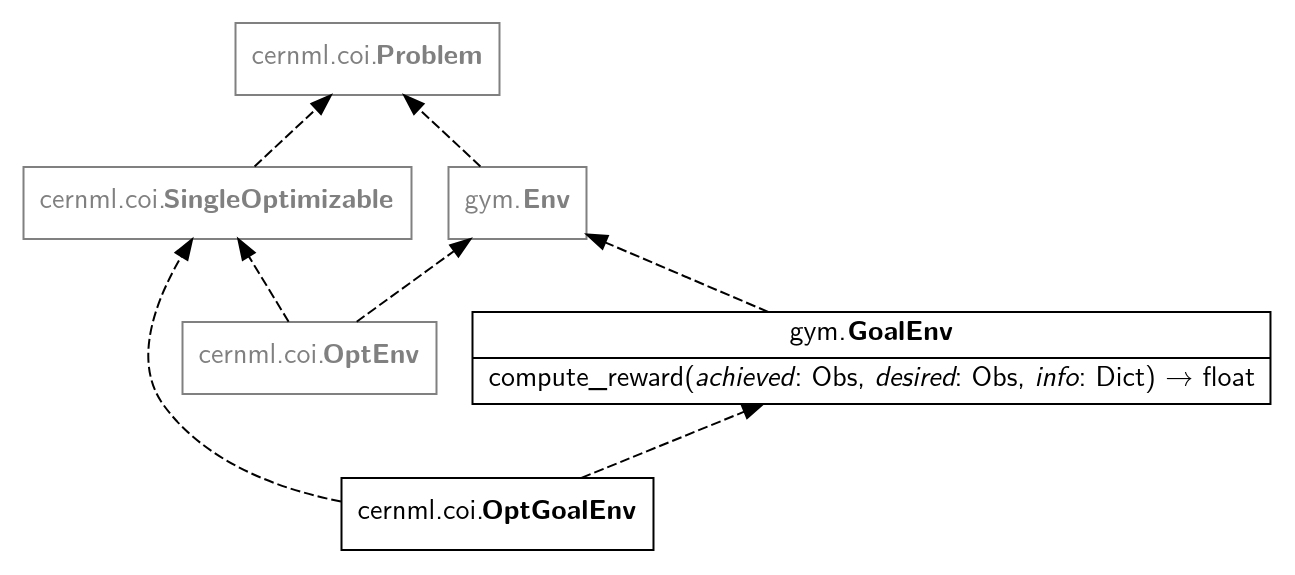
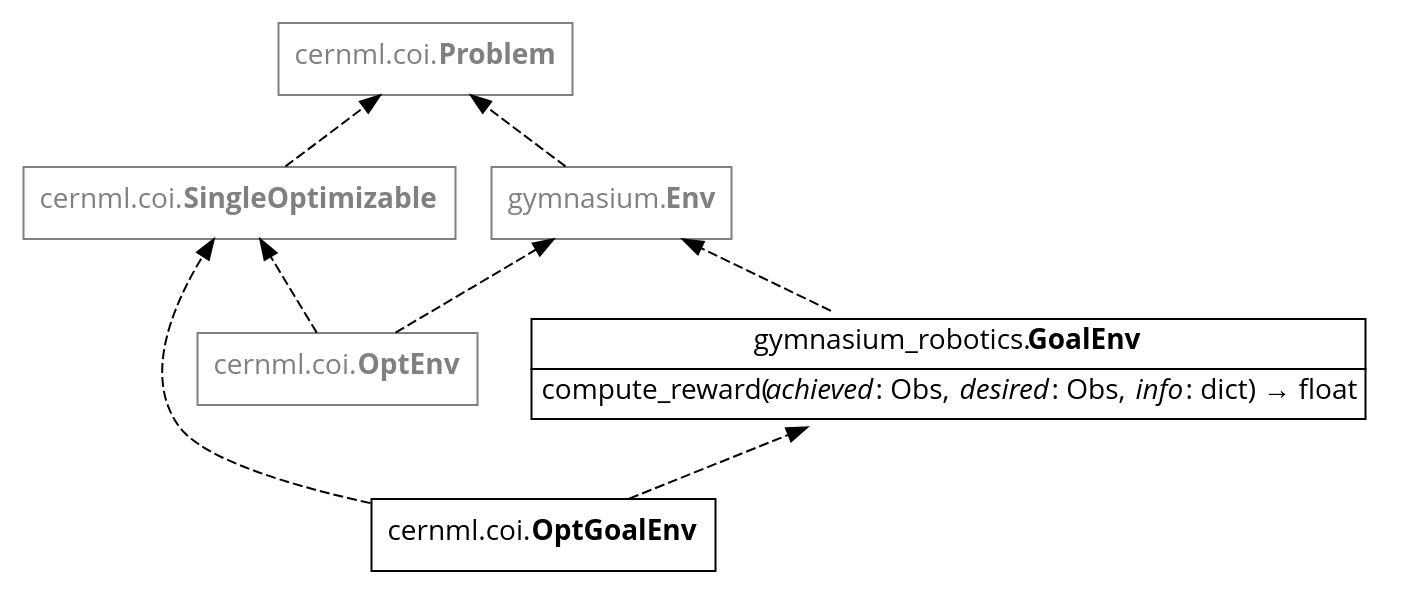
The second of 3 diagrams in docs/guide/otherenvs.rst (geoff-project/coi), drawn with Graphviz before and after one commit. The commit also changed other lines of this file and 42 other files, not shown here.

```diff
--- a/docs/guide/otherenvs.rst
+++ b/docs/guide/otherenvs.rst
@@ -380,27 +385,32 @@
 .. digraph:: inheritance_diagram
     :caption: Fig. 2: Inheritance diagram of multi-goal environments
 
     rankdir = "BT";
     bgcolor = "#00000000";
-    node [shape=record, fontname="Latin Modern Sans", style=filled, fillcolor="white"];
+    node [shape=plaintext, fontname="Open Sans", style=filled, fillcolor="white"];
     edge [style=dashed];
 
     node[color=gray, fontcolor=gray];
 
     problem[shape=rectangle, label=<cernml.coi.<b>Problem</b>>];
     sopt[shape=rectangle, label=<cernml.coi.<b>SingleOptimizable</b>>];
-    env[shape=rectangle, label=<gym.<b>Env</b>>];
-    optenv[label=<cernml.coi.<b>OptEnv</b>>];
+    env[shape=rectangle, label=<gymnasium.<b>Env</b>>];
+    optenv[shape=rectangle, label=<cernml.coi.<b>OptEnv</b>>];
 
     node[color=black, fontcolor=black];
-    goalenv[label=<{
-        gym.<b>GoalEnv</b>|
-        compute_reward(<i>achieved</i>: Obs, <i>desired</i>: Obs, <i>info</i>: Dict) → float}>,
-    ];
+    goalenv[label=<
+        <table border="0" cellborder="1" cellspacing="0" cellpadding="4">
+            <tr><td>gymnasium_robotics.<b>GoalEnv</b></td></tr>
+            <tr>
+                <td>compute_reward(<i>achieved</i>: Obs, <i>desired</i
+                >: Obs, <i>info</i>: dict) → float</td>
+            </tr>
+        </table>
+    >];
 
-    optgoalenv[label=<cernml.coi.<b>OptGoalEnv</b>>];
+    optgoalenv[shape=rectangle, label=<cernml.coi.<b>OptGoalEnv</b>>];
 
     optenv -> sopt -> problem;
     optenv -> env -> problem;
     optgoalenv -> goalenv -> env;
     optgoalenv -> sopt;
```
